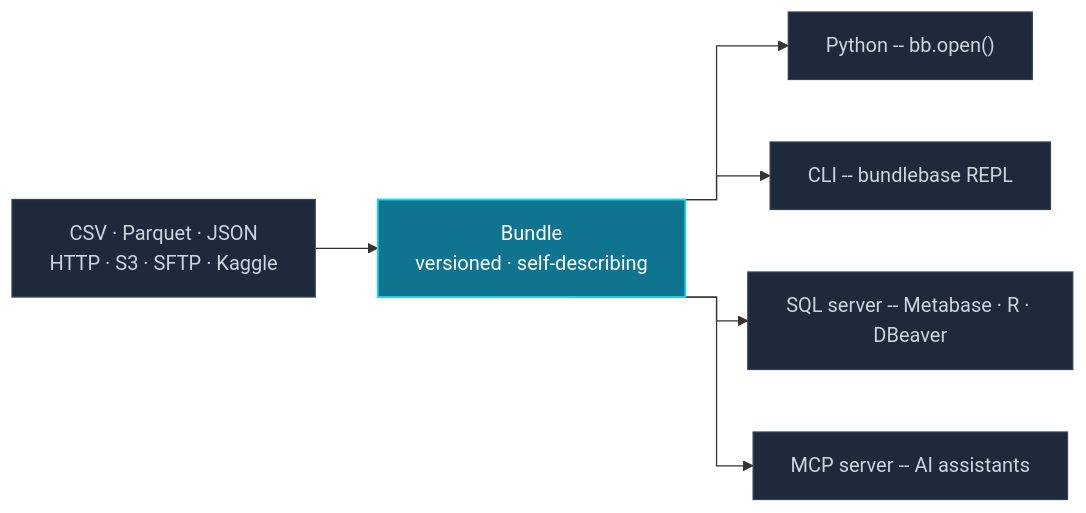
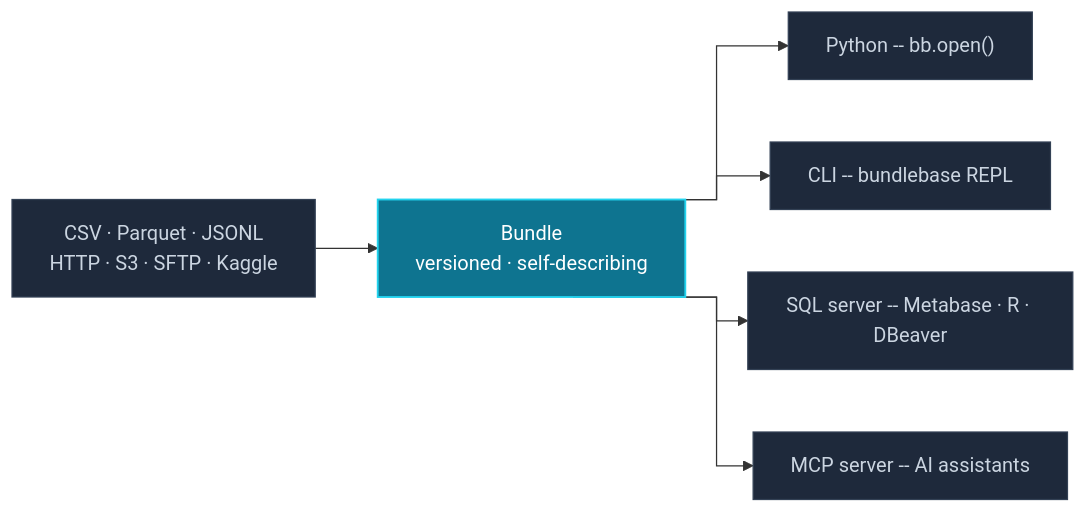
The diagram in docs/index.md (nvoxland/bundlebase), drawn with Mermaid before and after one commit. The commit also changed other lines of this file and 10 other files, not shown here.

````diff
--- a/docs/index.md
+++ b/docs/index.md
@@ -132,17 +132,17 @@
 ```mermaid
 %%{init: {'flowchart': {'curve': 'stepAfter'}}}%%
 flowchart LR
-    A["CSV · Parquet · JSON\nHTTP · S3 · SFTP · Kaggle"] --> B["Bundle\nversioned · self-describing"]
+    A["CSV · Parquet · JSONL\nHTTP · S3 · SFTP · Kaggle"] --> B["Bundle\nversioned · self-describing"]
     B --> C1["Python -- bb.open()"]
     B --> C2["CLI -- bundlebase REPL"]
     B --> C3["SQL server -- Metabase · R · DBeaver"]
     B --> C4["MCP server -- AI assistants"]
 
     classDef bundle fill:#0e7490,color:#fff,stroke:#22d3ee,stroke-width:1.5px
     classDef output fill:#1e293b,color:#cbd5e1,stroke:#334155,stroke-width:1px
     classDef source fill:#1e293b,color:#cbd5e1,stroke:#334155,stroke-width:1px
 
     class B bundle
     class C1,C2,C3,C4 output
     class A source
 ```
````
